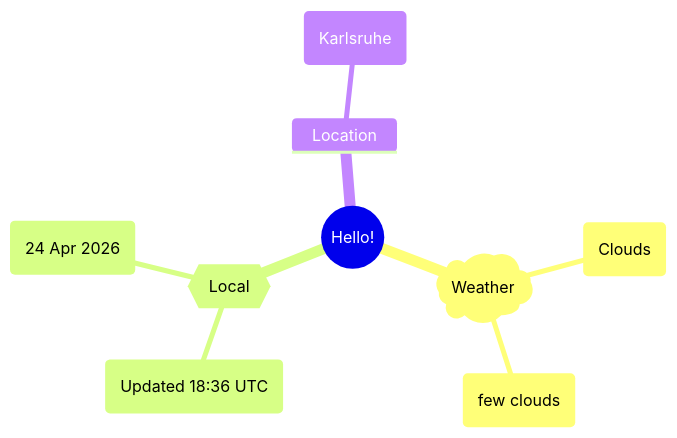
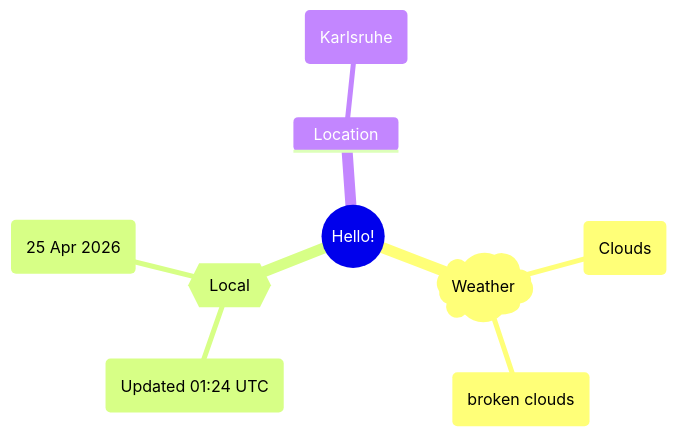
The first of 2 diagrams in README.md (Xosrov/Xosrov), drawn with Mermaid before and after one commit.

Commit message:
[bot] updated images

````diff
--- a/README.md
+++ b/README.md
@@ -3,12 +3,12 @@
 ```mermaid
 mindmap
   root((Hello!))
     )Weather(
         (Clouds)
-        (few clouds)
+        (broken clouds)
     {{Local}}
-        (Updated 18:36 UTC)
-        (24 Apr 2026)
+        (Updated 01:24 UTC)
+        (25 Apr 2026)
     Location
         (Karlsruhe)
 ```
````
